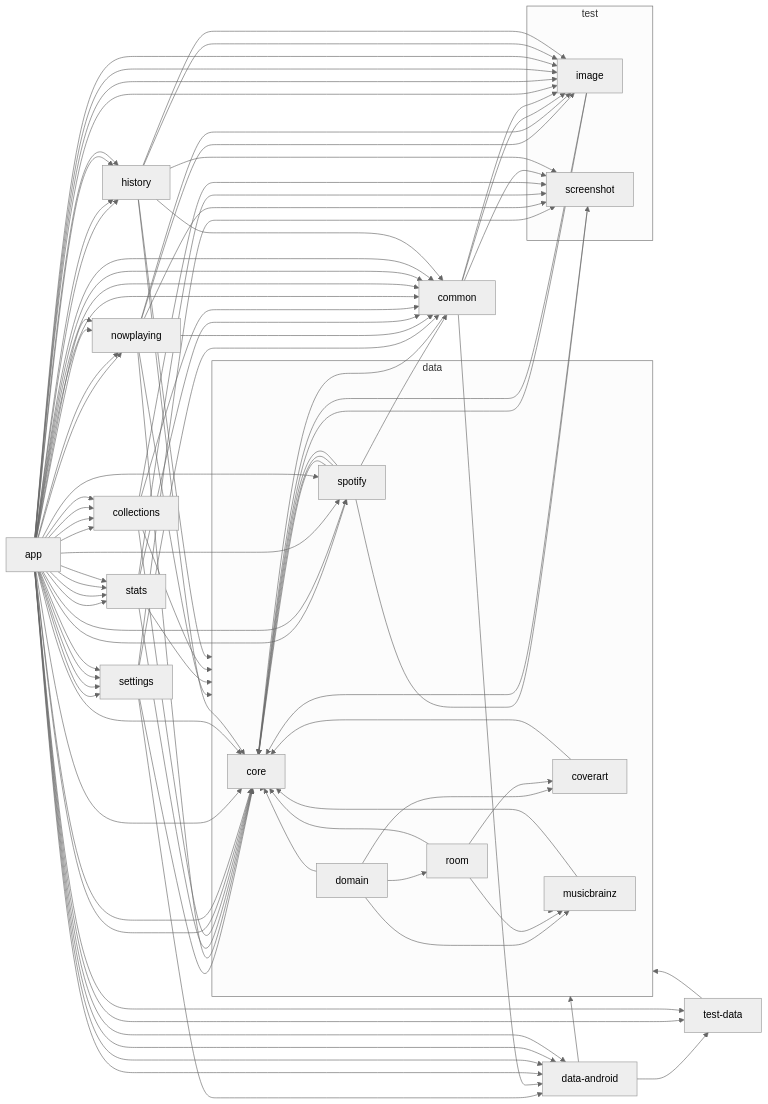
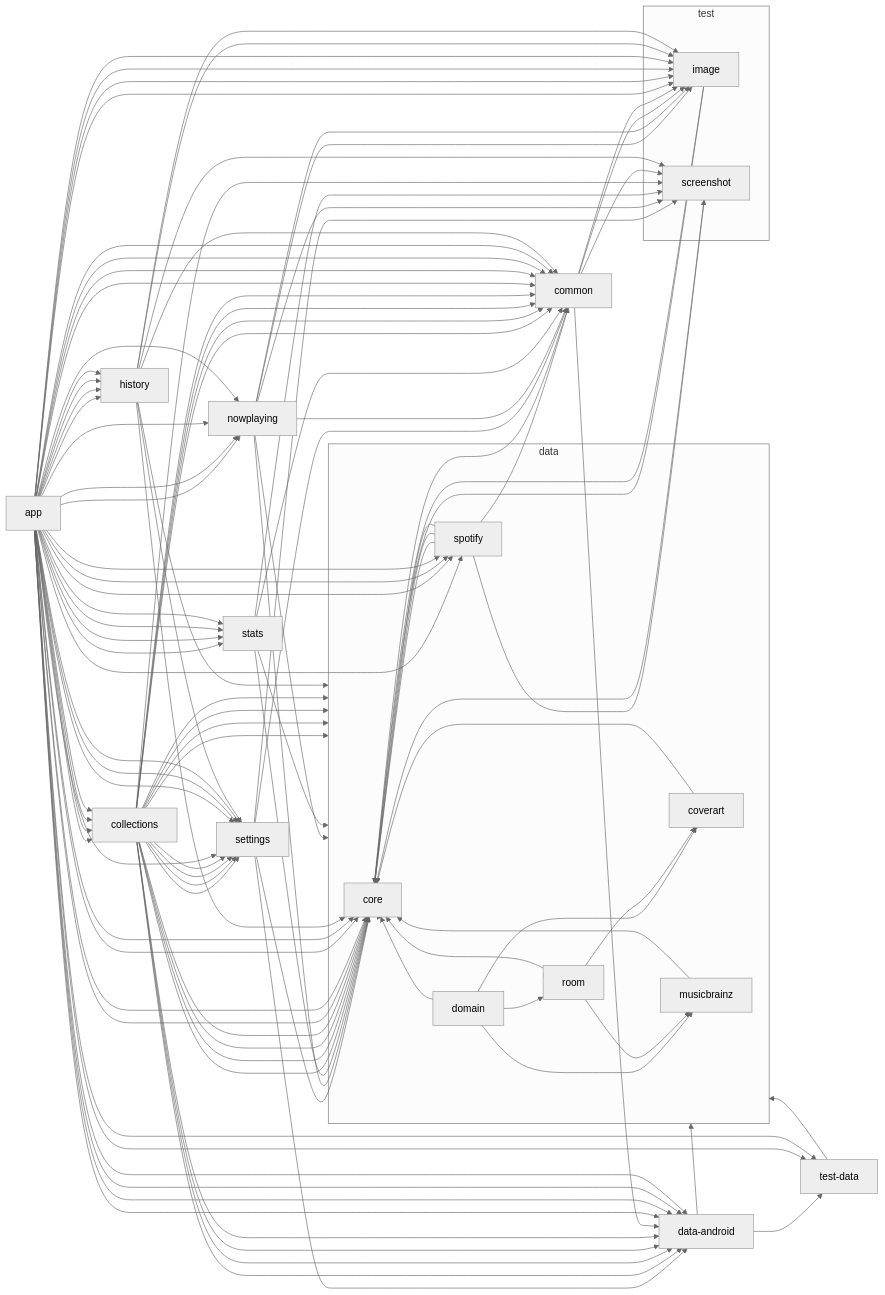
Before and after one commit to lydavid/MusicSearch: the diagram in README.md, drawn with Mermaid.

Commit message:
chore: update module graph [skip ci]

```diff
--- a/README.md
+++ b/README.md
@@ -99,8 +99,25 @@
   musicbrainz --> core
   spotify --> core
   collections --> data
+  collections --> data-android
   collections --> common
   collections --> core
+  collections --> settings
+  collections --> data
+  collections --> data-android
+  collections --> common
+  collections --> core
+  collections --> settings
+  collections --> data
+  collections --> data-android
+  collections --> common
+  collections --> core
+  collections --> settings
+  collections --> data
+  collections --> data-android
+  collections --> common
+  collections --> core
+  collections --> settings
   collections --> screenshot
   common --> data-android
   common --> core
@@ -158,6 +175,7 @@
   history --> common
   history --> core
   history --> image
+  history --> settings
   history --> image
   history --> screenshot
 
```
